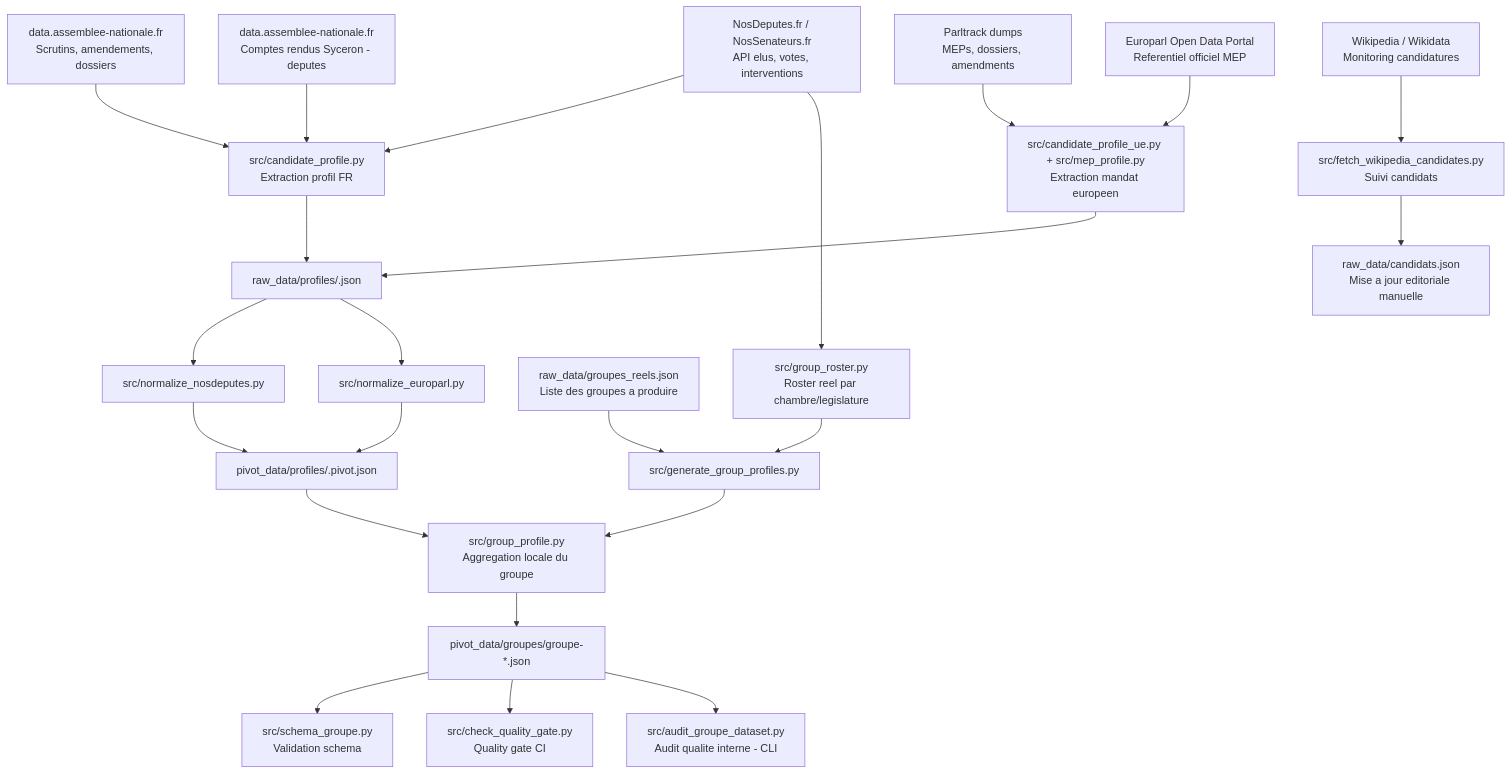
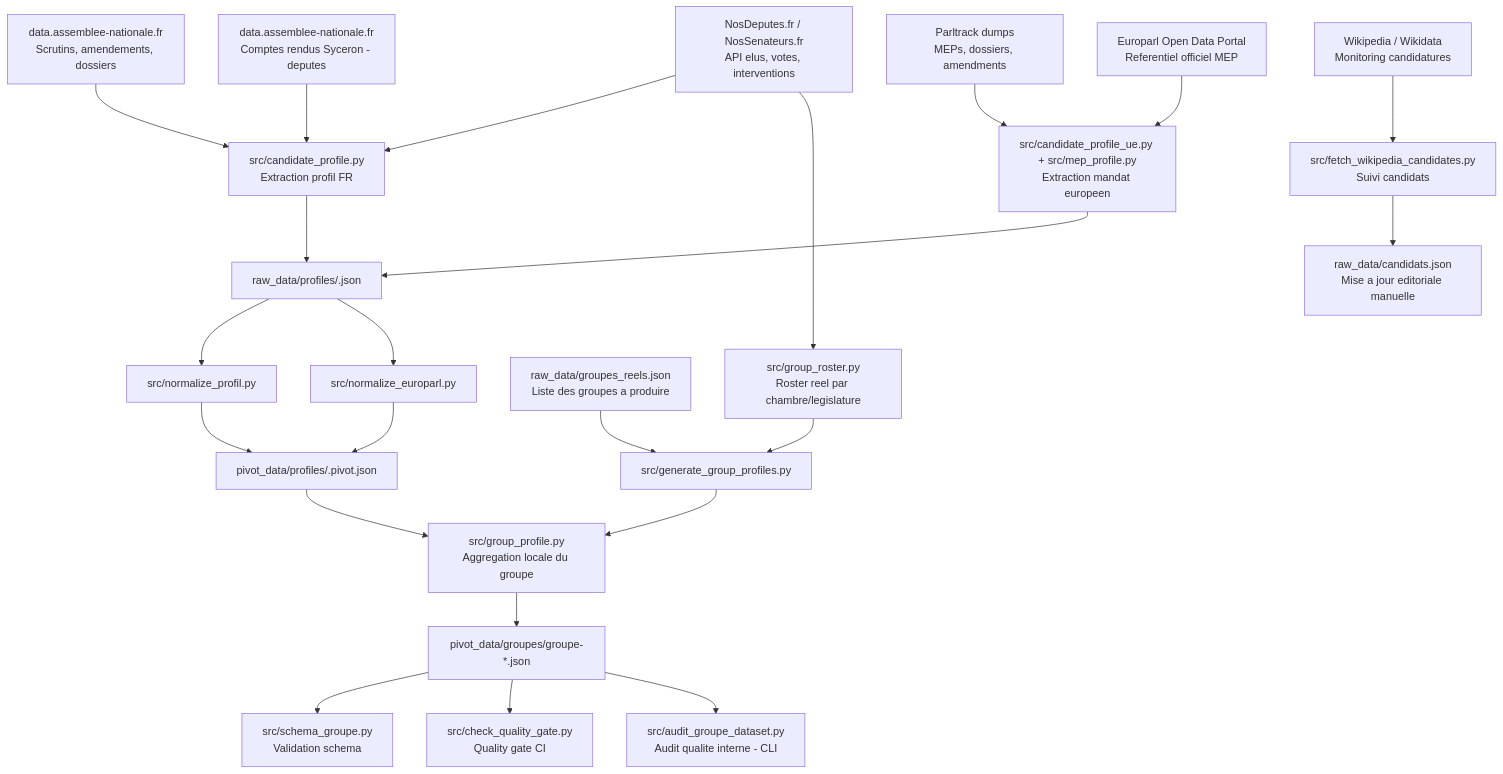
One commit to stephieED/Empreinte-politique-src changed the first of 2 diagrams in docs/pipeline-profiles-groupes.md. Above: the diagram before and after it, drawn with Mermaid. The commit also changed other lines of this file and 45 other files, not shown here.

````diff
--- a/docs/pipeline-profiles-groupes.md
+++ b/docs/pipeline-profiles-groupes.md
@@ -10,48 +10,48 @@
 ```mermaid
 graph TD
     %% =========================
     %% SOURCES
     %% =========================
     S1[NosDeputes.fr / NosSenateurs.fr\nAPI elus, votes, interventions]
     S2[data.assemblee-nationale.fr\nScrutins, amendements, dossiers]
     S2b[data.assemblee-nationale.fr\nComptes rendus Syceron - deputes]
     S3[Parltrack dumps\nMEPs, dossiers, amendments]
     S4[Europarl Open Data Portal\nReferentiel officiel MEP]
     S5[Wikipedia / Wikidata\nMonitoring candidatures]
 
     %% =========================
     %% CONSTRUCTION PROFILS CANDIDATS
     %% =========================
     S1 --> C1[src/candidate_profile.py\nExtraction profil FR]
     S2 --> C1
     S2b --> C1
     S3 --> C2[src/candidate_profile_ue.py + src/mep_profile.py\nExtraction mandat europeen]
     S4 --> C2
     S5 --> C3[src/fetch_wikipedia_candidates.py\nSuivi candidats]
 
     C1 --> R1[raw_data/profiles/<slug>.json]
     C2 --> R1
     C3 --> R2[raw_data/candidats.json\nMise a jour editoriale manuelle]
 
-    R1 --> N1[src/normalize_nosdeputes.py]
+    R1 --> N1[src/normalize_profil.py]
     R1 --> N2[src/normalize_europarl.py]
     N1 --> P1[pivot_data/profiles/<slug>.pivot.json]
     N2 --> P1
 
     %% =========================
     %% CONSTRUCTION PROFILS GROUPES
     %% =========================
     G0[raw_data/groupes_reels.json\nListe des groupes a produire] --> B1[src/generate_group_profiles.py]
     S1 --> B2[src/group_roster.py\nRoster reel par chambre/legislature]
     B2 --> B1
     P1 --> B3[src/group_profile.py\nAggregation locale du groupe]
     B1 --> B3
     B3 --> O1[pivot_data/groupes/groupe-*.json]
 
     %% =========================
     %% VALIDATION / QUALITE
     %% =========================
     O1 --> V1[src/schema_groupe.py\nValidation schema]
     O1 --> Q1[src/check_quality_gate.py\nQuality gate CI]
     O1 --> A1[src/audit_groupe_dataset.py\nAudit qualite interne - CLI]
 ```
````
